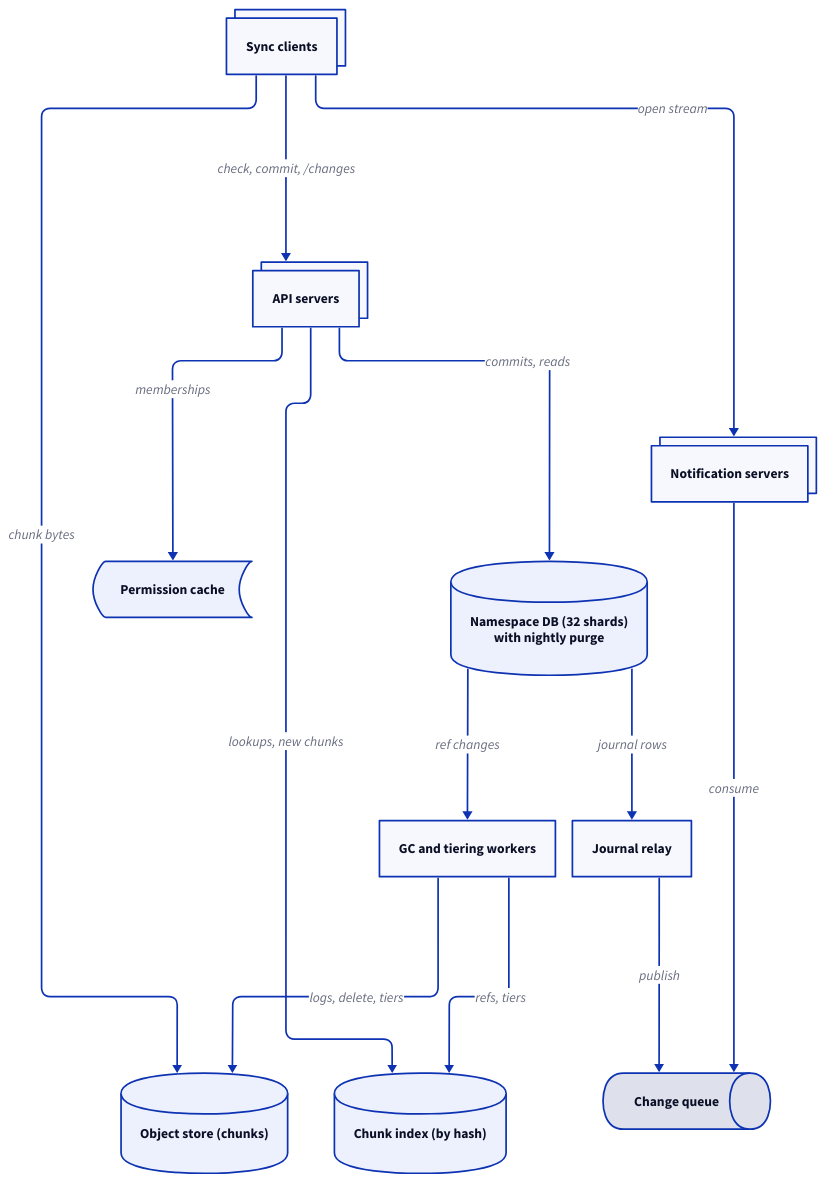
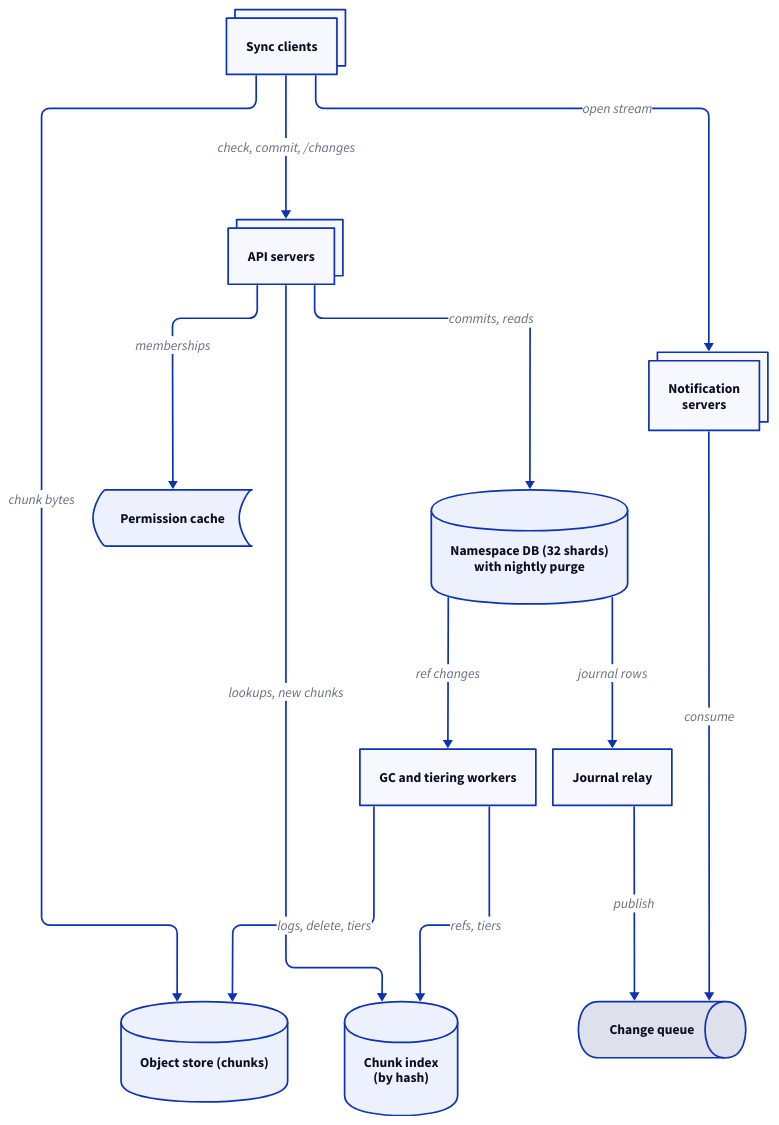
Before and after one commit to enbattle/til: the diagram in src/system-design/diagrams/file-storage/architecture.d2, drawn with D2. The commit also changed 17 other files, not shown here.

First line of the commit message:
Check @theme colors and diagram width; refresh the site description

```diff
--- a/src/system-design/diagrams/file-storage/architecture.d2
+++ b/src/system-design/diagrams/file-storage/architecture.d2
@@ -1,52 +1,52 @@
 # High-level architecture of cloud file storage: metadata goes through the API
 # servers to the namespace database (split by namespace) and the chunk index
 # (split by hash), while chunk bytes go directly between clients and the object
 # store on presigned URLs. Arrows point from the side that starts a request,
 # except the two leaving the namespace database, which show journal rows and
 # chunk reference changes (including the nightly purge's) flowing out.
 vars: {
   d2-config: {
     layout-engine: elk
   }
 }
 direction: down
 
 client: Sync clients {
   style.multiple: true
 }
 api: API servers {
   style.multiple: true
 }
-notify: Notification servers {
+notify: "Notification\nservers" {
   style.multiple: true
 }
 cache: Permission cache {
   shape: stored_data
 }
 db: "Namespace DB (32 shards)\nwith nightly purge" {
   shape: cylinder
 }
-chunkidx: Chunk index (by hash) {
+chunkidx: "Chunk index\n(by hash)" {
   shape: cylinder
 }
 relay: Journal relay
 queue: Change queue {
   shape: queue
 }
 objects: Object store (chunks) {
   shape: cylinder
 }
 workers: GC and tiering workers
 
 client -> objects: "chunk bytes"
 client -> api: "check, commit, /changes"
 client -> notify: "open stream"
 api -> cache: "memberships"
 api -> chunkidx: "lookups, new chunks"
 api -> db: "commits, reads"
 db -> workers: "ref changes"
 db -> relay: "journal rows"
 workers -> objects: "logs, delete, tiers"
 workers -> chunkidx: "refs, tiers"
 relay -> queue: "publish"
 notify -> queue: "consume"
```
